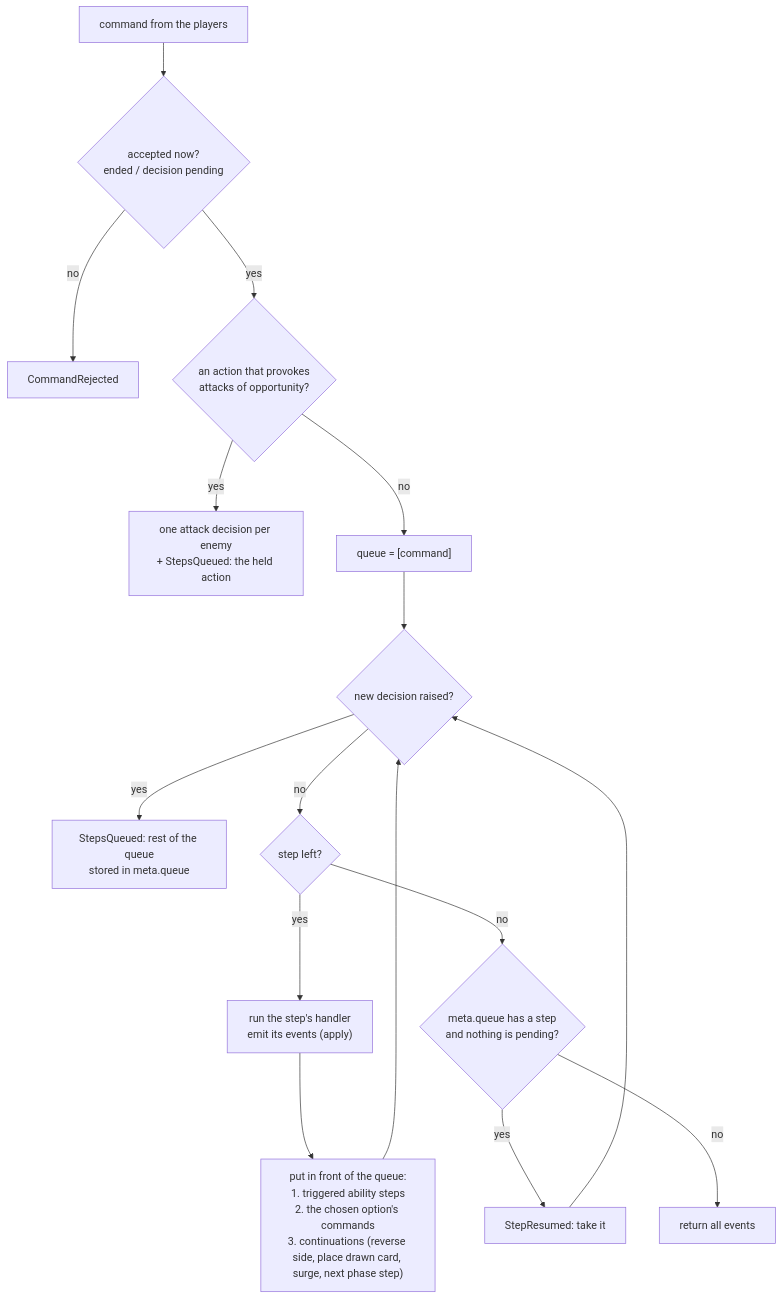
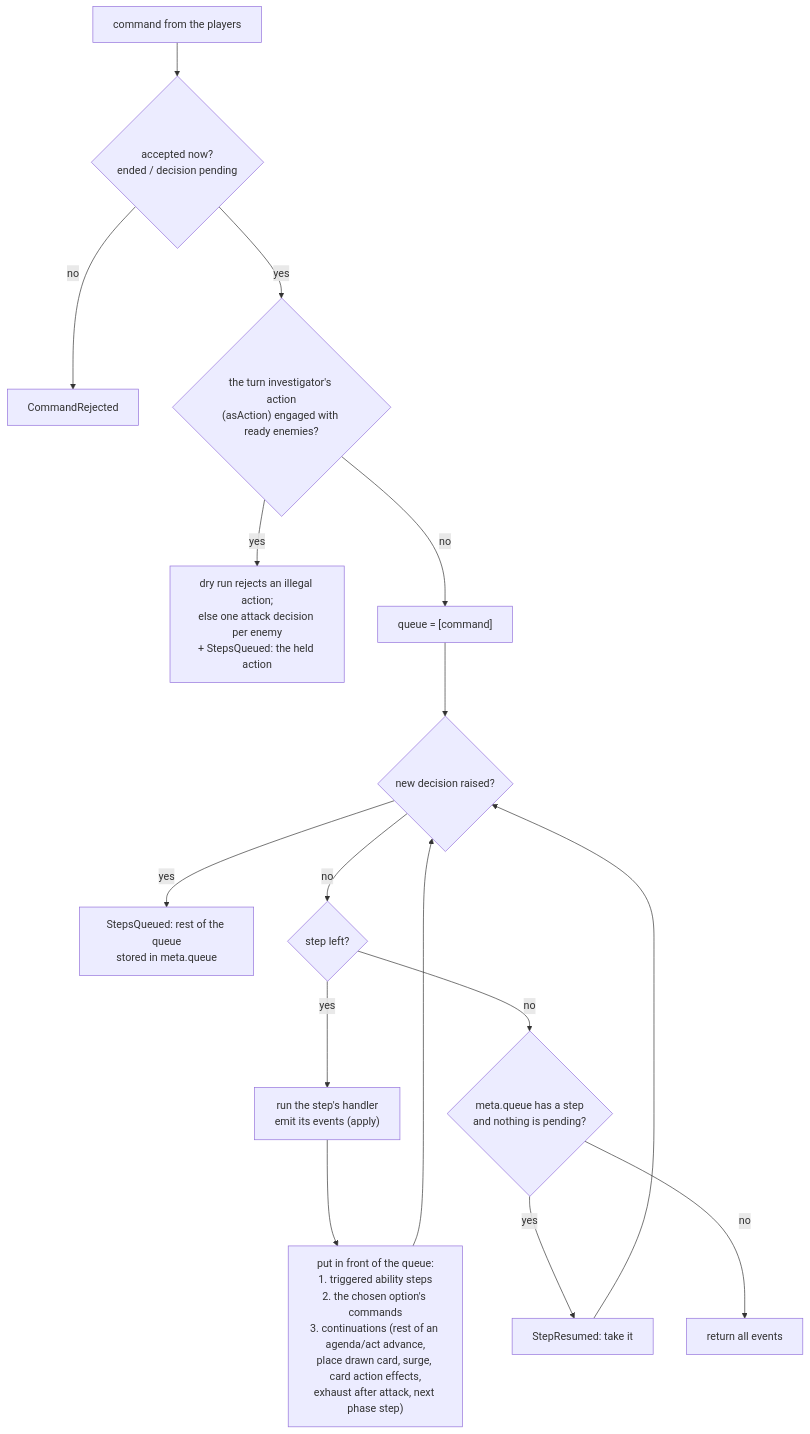
The fourth of 6 diagrams in docs/architecture.md (macandy13/arkham-companion), drawn with Mermaid before and after one commit. The commit also changed other lines of this file and 2 other files, not shown here.

````diff
--- a/docs/architecture.md
+++ b/docs/architecture.md
@@ -130,17 +131,17 @@
 ```mermaid
 flowchart TD
   IN["command from the players"] --> ACC{"accepted now?<br/>ended / decision pending"}
   ACC -- no --> REJ["CommandRejected"]
-  ACC -- yes --> PROV{"an action that provokes<br/>attacks of opportunity?"}
-  PROV -- yes --> HOLD["one attack decision per enemy<br/>+ StepsQueued: the held action"]
+  ACC -- yes --> PROV{"the turn investigator's action<br/>(asAction) engaged with ready enemies?"}
+  PROV -- yes --> HOLD["dry run rejects an illegal action;<br/>else one attack decision per enemy<br/>+ StepsQueued: the held action"]
   PROV -- no --> Q["queue = [command]"]
   Q --> NEXT{"new decision raised?"}
   NEXT -- yes --> SUSP["StepsQueued: rest of the queue<br/>stored in meta.queue"]
   NEXT -- no --> TAKE{"step left?"}
   TAKE -- yes --> RUN["run the step's handler<br/>emit its events (apply)"]
-  RUN --> FRONT["put in front of the queue:<br/>1. triggered ability steps<br/>2. the chosen option's commands<br/>3. continuations (reverse side, place drawn card, surge, next phase step)"]
+  RUN --> FRONT["put in front of the queue:<br/>1. triggered ability steps<br/>2. the chosen option's commands<br/>3. continuations (rest of an agenda/act advance,<br/>place drawn card, surge, card action effects,<br/>exhaust after attack, next phase step)"]
   FRONT --> NEXT
   TAKE -- no --> STORED{"meta.queue has a step<br/>and nothing is pending?"}
   STORED -- yes --> RES["StepResumed: take it"] --> NEXT
   STORED -- no --> DONE["return all events"]
 ```
````
